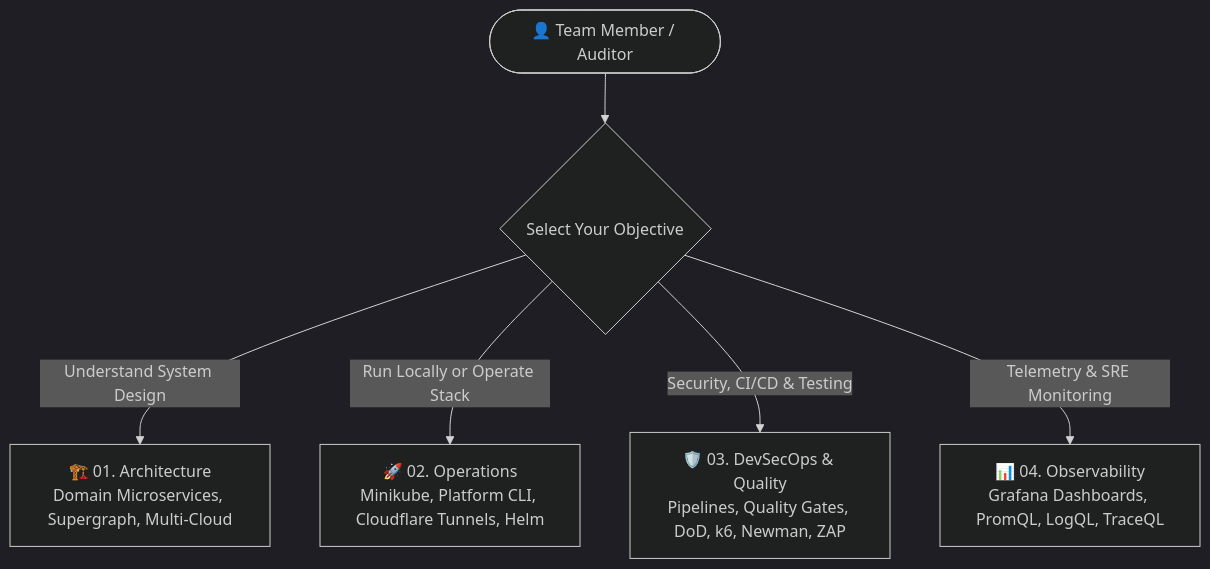
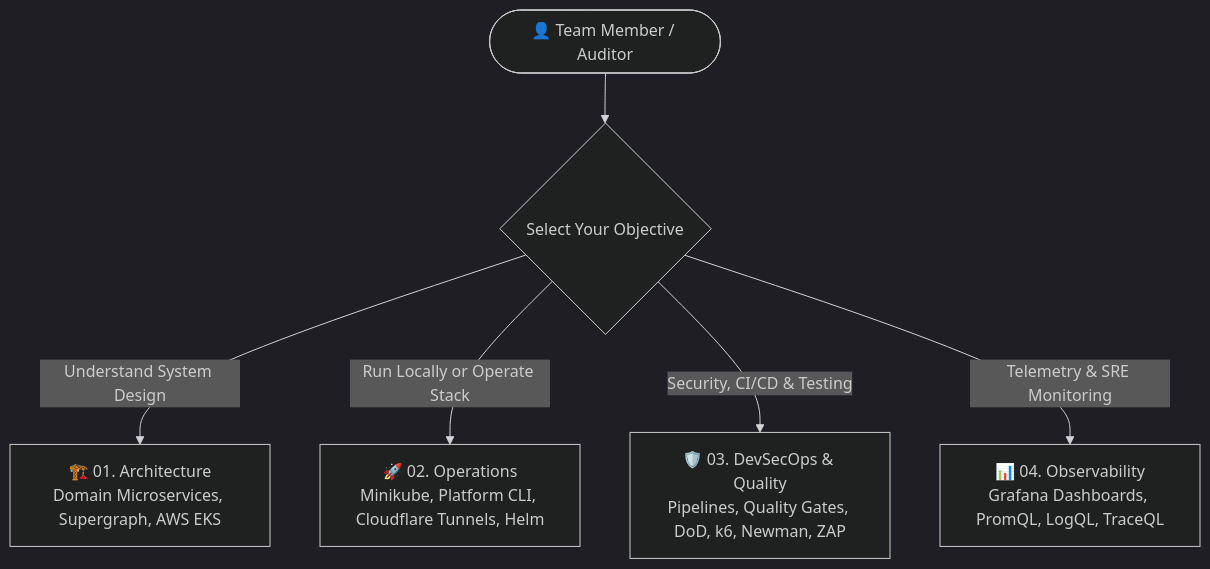
The second of 2 diagrams in README.md (GeorgeGxx/microservices-architecture), drawn with Mermaid (dark theme) before and after one commit. The commit also changed other lines of this file and 4 other files, not shown here.

Commit message:
docs(drawio): sync Diagrams.drawio, README, mkdocs, and AWS cloud docs

````diff
--- a/README.md
+++ b/README.md
@@ -143,8 +143,8 @@
 ```mermaid
 graph TD
     User([👤 Team Member / Auditor]) --> Role{Select Your Objective}
-    Role -->|Understand System Design| Arch["🏗️ 01. Architecture<br/>Domain Microservices, Supergraph, Multi-Cloud"]
+    Role -->|Understand System Design| Arch["🏗️ 01. Architecture<br/>Domain Microservices, Supergraph, AWS EKS"]
     Role -->|Run Locally or Operate Stack| Ops["🚀 02. Operations<br/>Minikube, Platform CLI, Cloudflare Tunnels, Helm"]
     Role -->|Security, CI/CD & Testing| QA["🛡️ 03. DevSecOps & Quality<br/>Pipelines, Quality Gates, DoD, k6, Newman, ZAP"]
     Role -->|Telemetry & SRE Monitoring| Obs["📊 04. Observability<br/>Grafana Dashboards, PromQL, LogQL, TraceQL"]
 ```
````
